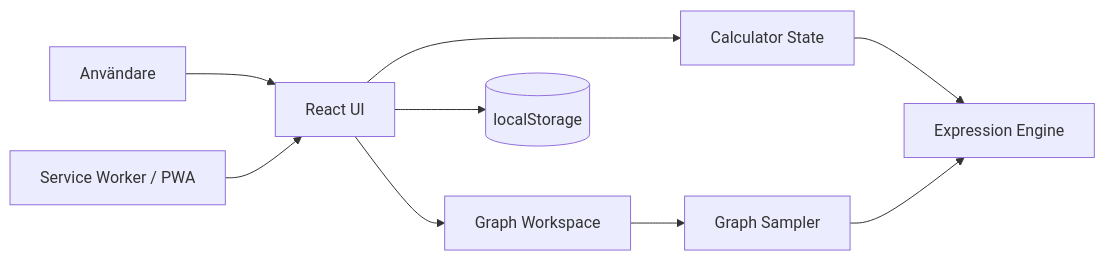
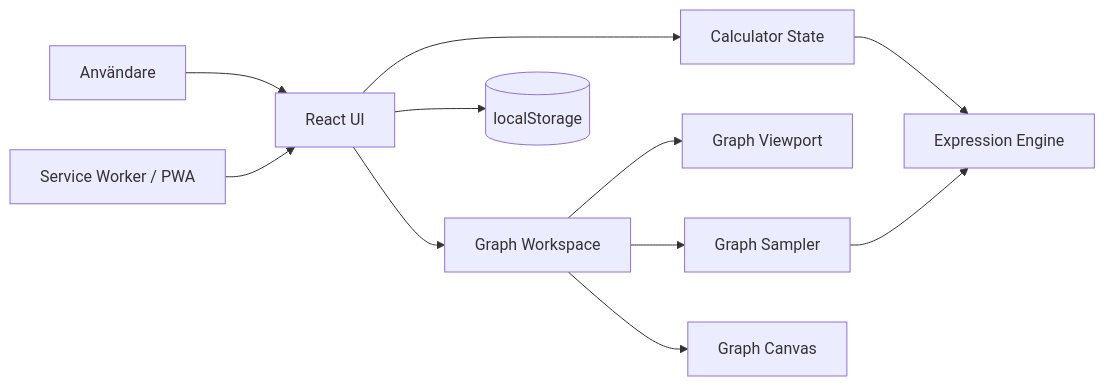
Before and after one commit to erland/pwa-calculator: the diagram in docs/architecture.md, drawn with Mermaid. The commit also changed other lines of this file, not shown here.

Commit message:
Finalize graphing architecture

````diff
--- a/docs/architecture.md
+++ b/docs/architecture.md
@@ -18,11 +18,13 @@
 ```mermaid
 flowchart LR
     User[Användare] --> UI[React UI]
     UI --> State[Calculator State]
     State --> Engine[Expression Engine]
     UI --> Graph[Graph Workspace]
+    Graph --> Viewport[Graph Viewport]
     Graph --> Sampler[Graph Sampler]
     Sampler --> Engine
+    Graph --> Canvas[Graph Canvas]
     UI --> Storage[(localStorage)]
     Browser[Service Worker / PWA] --> UI
 ```
````
